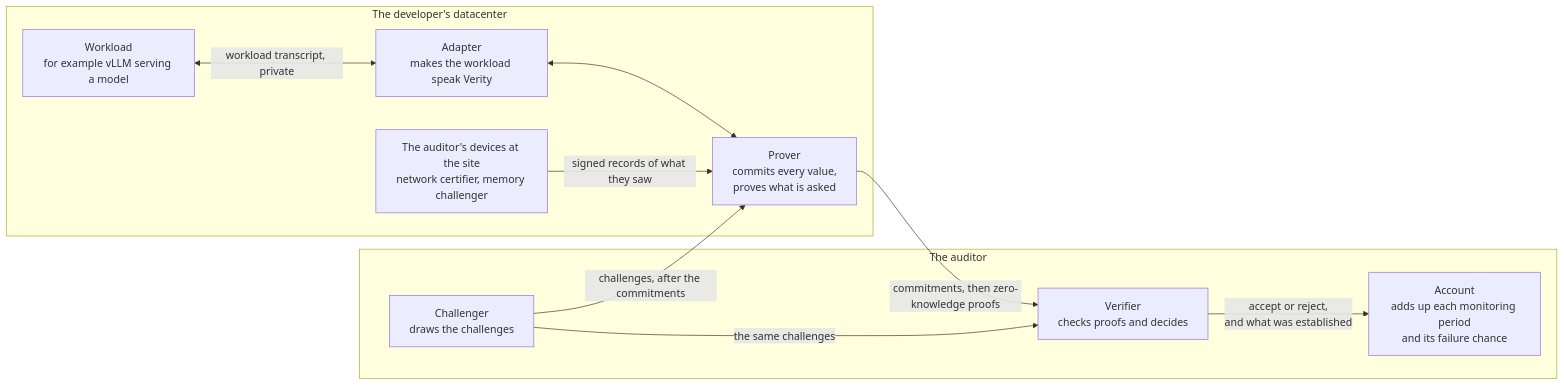
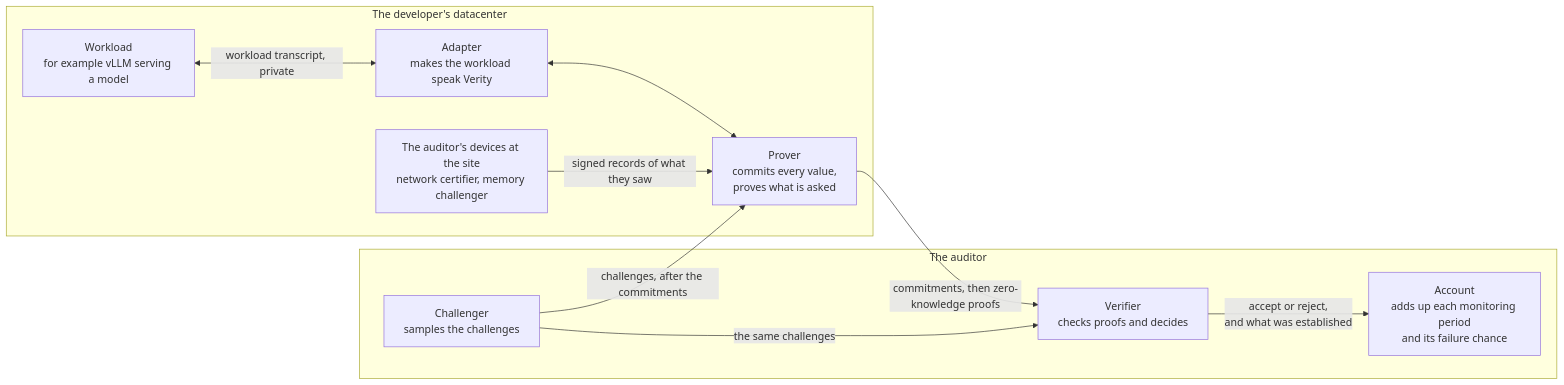
The first of 5 diagrams in ARCHITECTURE.md (compute-verification/verity), drawn with Mermaid before and after one commit. The commit also changed other lines of this file and 55 other files, not shown here.

````diff
--- a/ARCHITECTURE.md
+++ b/ARCHITECTURE.md
@@ -10,21 +10,21 @@
 ```mermaid
 flowchart LR
     subgraph dev["The developer's datacenter"]
         W["Workload<br/>for example vLLM serving a model"]
         A["Adapter<br/>makes the workload speak Verity"]
         P["Prover<br/>commits every value,<br/>proves what is asked"]
         D["The auditor's devices at the site<br/>network certifier, memory challenger"]
     end
     subgraph aud["The auditor"]
-        C["Challenger<br/>draws the challenges"]
+        C["Challenger<br/>samples the challenges"]
         V["Verifier<br/>checks proofs and decides"]
         L["Account<br/>adds up each monitoring period<br/>and its failure chance"]
     end
     W <-->|"workload transcript, private"| A
     A <--> P
     D -->|"signed records of what they saw"| P
     C -->|"challenges, after the commitments"| P
     P -->|"commitments, then zero-knowledge proofs"| V
     C -->|"the same challenges"| V
     V -->|"accept or reject,<br/>and what was established"| L
 ```
````
